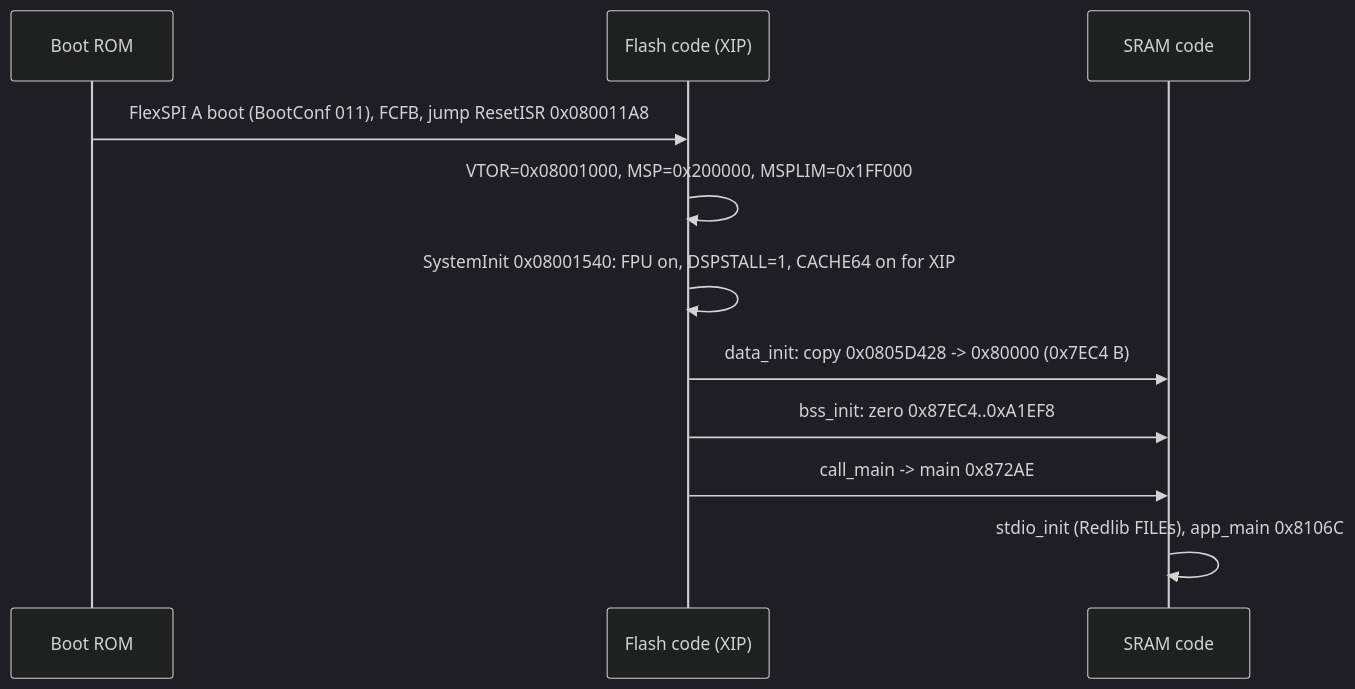
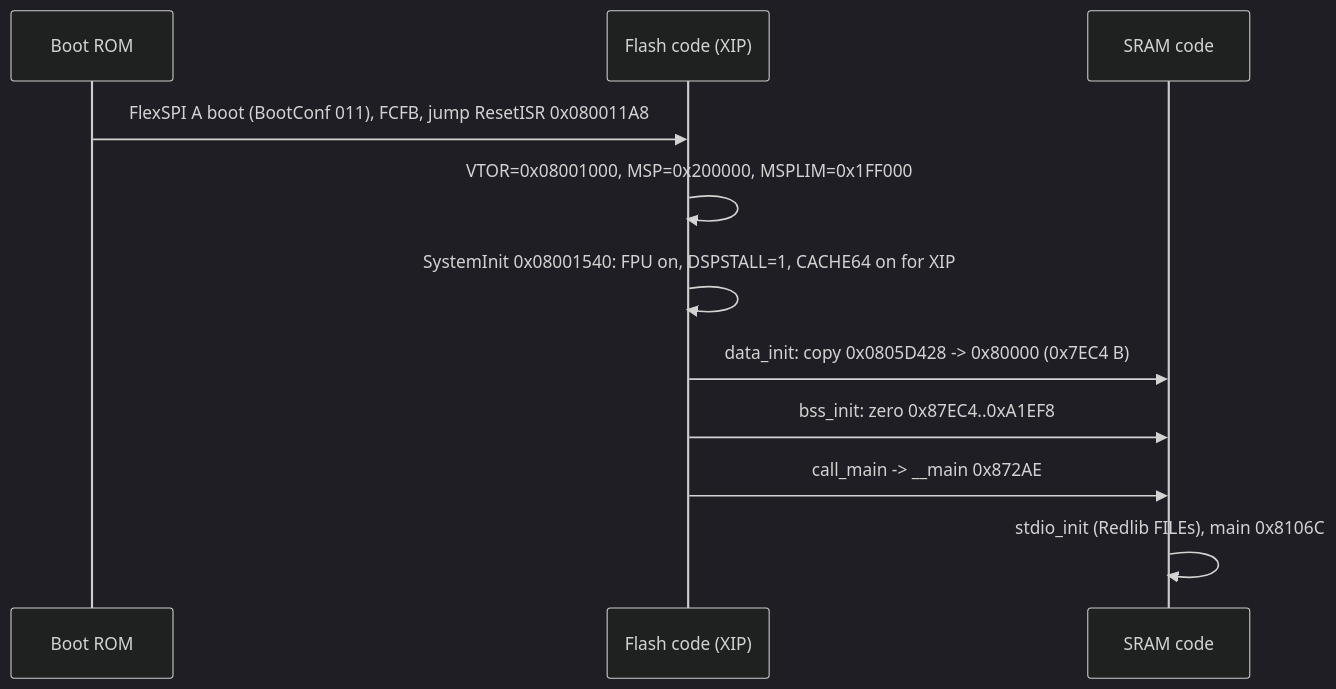
One commit to Reid-n0rc/FT-710_Firmware changed the second of 3 diagrams in docs/code/ifdsp/m33-platform.md. Above: the diagram before and after it, drawn with Mermaid (dark theme). The commit also changed other lines of this file and 8 other files, not shown here.

````diff
--- a/docs/code/ifdsp/m33-platform.md
+++ b/docs/code/ifdsp/m33-platform.md
@@ -43,13 +43,13 @@
 ```mermaid
 sequenceDiagram
   participant ROM as Boot ROM
   participant F as Flash code (XIP)
   participant S as SRAM code
   ROM->>F: FlexSPI A boot (BootConf 011), FCFB, jump ResetISR 0x080011A8
   F->>F: VTOR=0x08001000, MSP=0x200000, MSPLIM=0x1FF000
   F->>F: SystemInit 0x08001540: FPU on, DSPSTALL=1, CACHE64 on for XIP
   F->>S: data_init: copy 0x0805D428 -> 0x80000 (0x7EC4 B)
   F->>S: bss_init: zero 0x87EC4..0xA1EF8
-  F->>S: call_main -> main 0x872AE
-  S->>S: stdio_init (Redlib FILEs), app_main 0x8106C
+  F->>S: call_main -> __main 0x872AE
+  S->>S: stdio_init (Redlib FILEs), main 0x8106C
 ```
````
